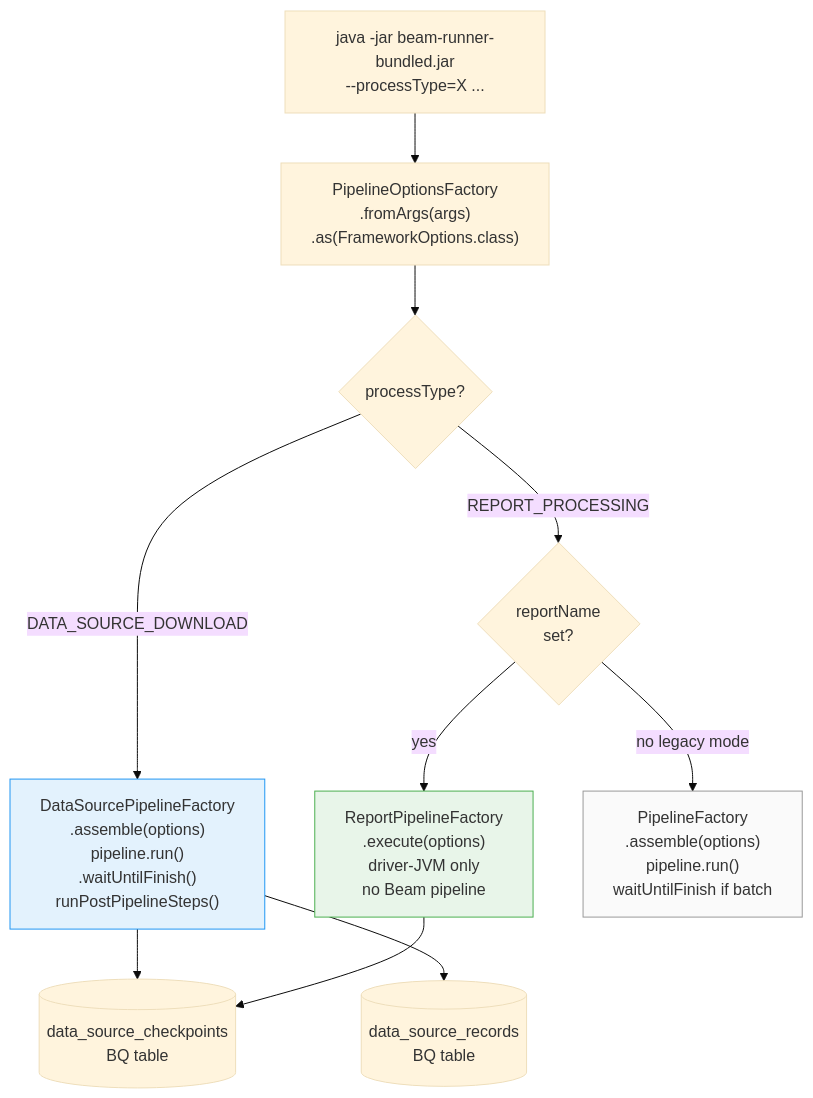
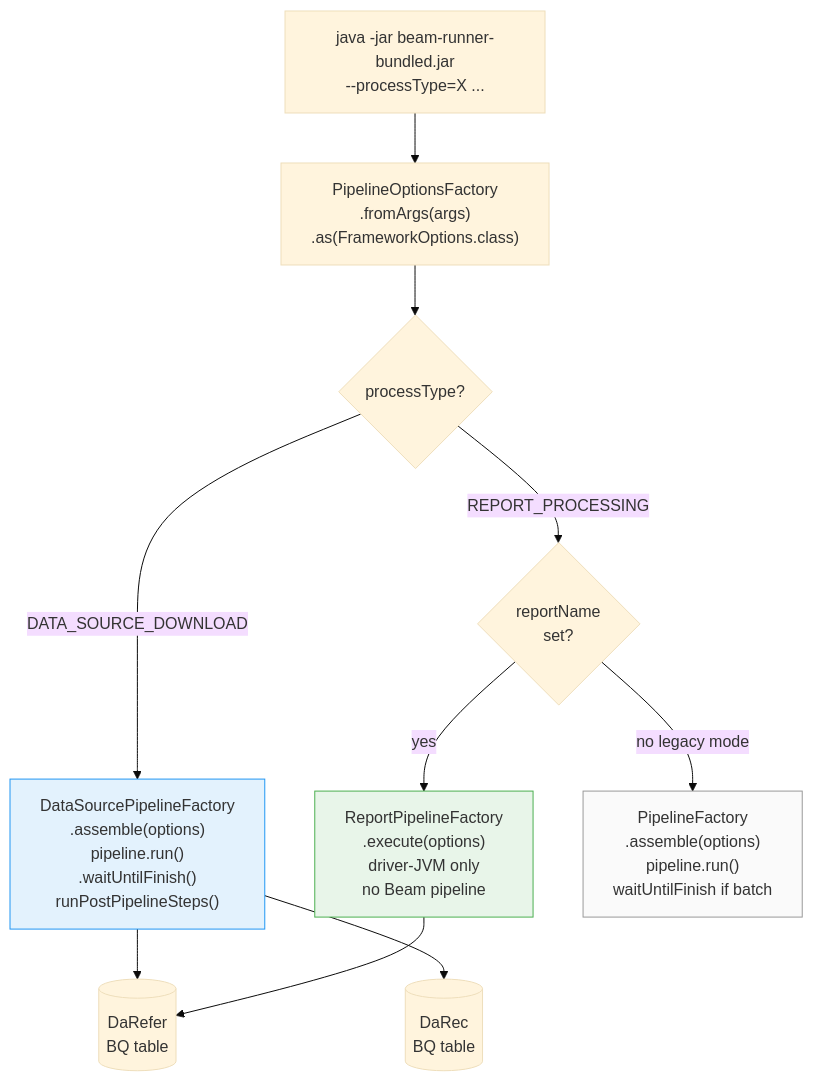
Before and after one commit to tushark-16bit/beam_framework: the second of 13 diagrams in WALKTHROUGH.md, drawn with Mermaid (base theme). The commit also changed other lines of this file and 11 other files, not shown here.

````diff
--- a/WALKTHROUGH.md
+++ b/WALKTHROUGH.md
@@ -44,19 +44,19 @@
 ```mermaid
 flowchart TD
     A["java -jar beam-runner-bundled.jar\n--processType=X ..."] --> B["PipelineOptionsFactory\n.fromArgs(args)\n.as(FrameworkOptions.class)"]
     B --> C{processType?}
 
     C -->|DATA_SOURCE_DOWNLOAD| D["DataSourcePipelineFactory\n.assemble(options)\npipeline.run()\n.waitUntilFinish()\nrunPostPipelineSteps()"]
 
     C -->|REPORT_PROCESSING| E{reportName\nset?}
     E -->|yes| F["ReportPipelineFactory\n.execute(options)\ndriver-JVM only\nno Beam pipeline"]
     E -->|no legacy mode| G["PipelineFactory\n.assemble(options)\npipeline.run()\nwaitUntilFinish if batch"]
 
-    D --> H[("data_source_checkpoints\nBQ table")]
+    D --> H[("DaRefer\nBQ table")]
     F --> H
-    D --> I[("data_source_records\nBQ table")]
+    D --> I[("DaRec\nBQ table")]
 
     style F fill:#e8f5e9,stroke:#4CAF50
     style D fill:#e3f2fd,stroke:#2196F3
     style G fill:#fafafa,stroke:#999
 ```
````
